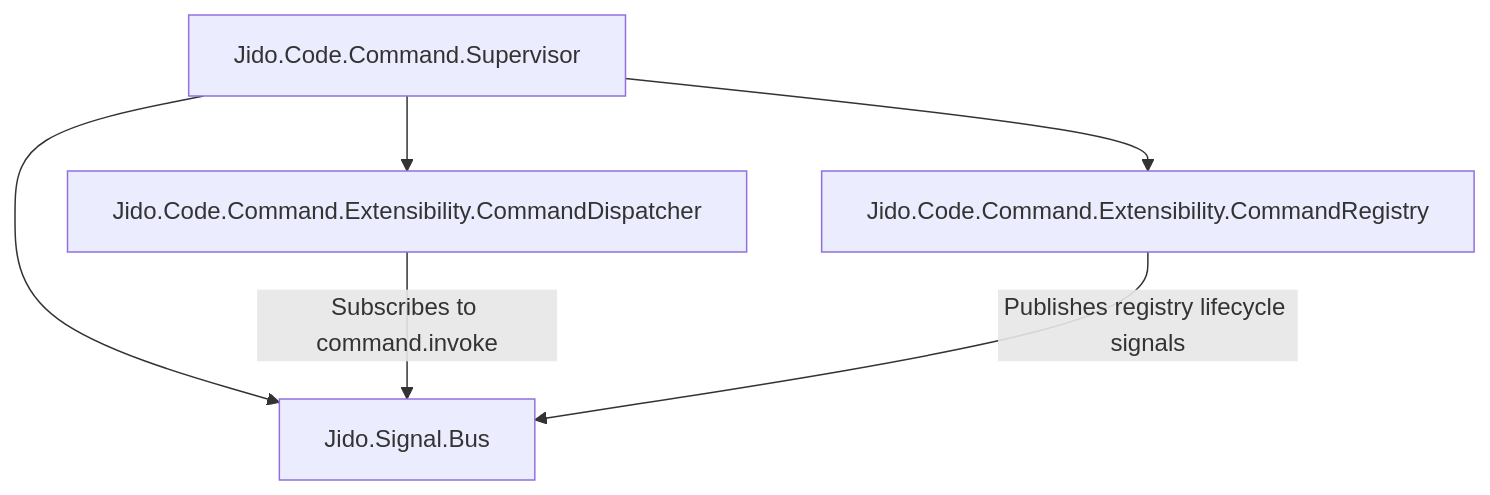
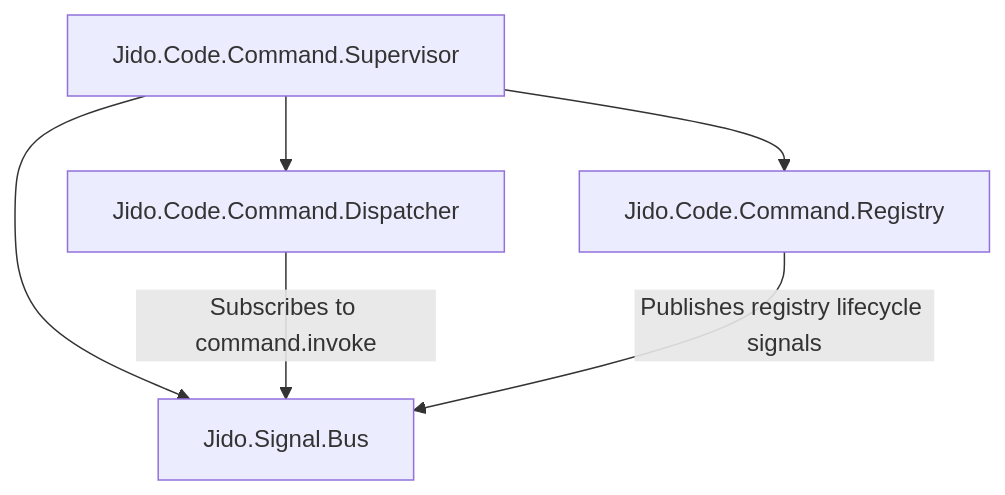
The first of 2 diagrams in docs/developer/architecture.md (pcharbon70/jido_command), drawn with Mermaid before and after one commit. The commit also changed other lines of this file and 18 other files, not shown here.

````diff
--- a/docs/developer/architecture.md
+++ b/docs/developer/architecture.md
@@ -7,8 +7,8 @@
 ```mermaid
 flowchart TD
   A["Jido.Code.Command.Supervisor"] --> B["Jido.Signal.Bus"]
-  A --> C["Jido.Code.Command.Extensibility.CommandRegistry"]
-  A --> D["Jido.Code.Command.Extensibility.CommandDispatcher"]
+  A --> C["Jido.Code.Command.Registry"]
+  A --> D["Jido.Code.Command.Dispatcher"]
   D -->|"Subscribes to command.invoke"| B
   C -->|"Publishes registry lifecycle signals"| B
 ```
````
